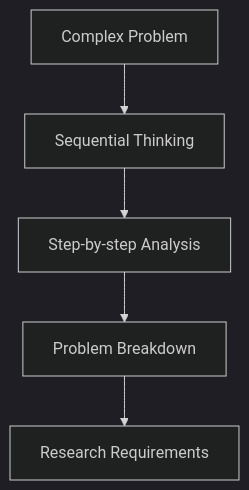
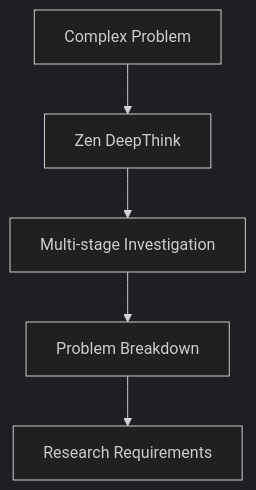
The seventh of 9 diagrams in .cursor/rules/enhanced-research-strategy.mdc (vicle1908/githubusers), drawn with Mermaid (dark theme) before and after one commit. The commit also changed other lines of this file and 17 other files, not shown here.

````diff
--- a/.cursor/rules/enhanced-research-strategy.mdc
+++ b/.cursor/rules/enhanced-research-strategy.mdc
@@ -205,7 +362,7 @@
 ```mermaid
 graph TD
-    A[Complex Problem] --> B[Sequential Thinking]
-    B --> C[Step-by-step Analysis]
+    A[Complex Problem] --> B[Zen DeepThink]
+    B --> C[Multi-stage Investigation]
     C --> D[Problem Breakdown]
     D --> E[Research Requirements]
 ```
````
